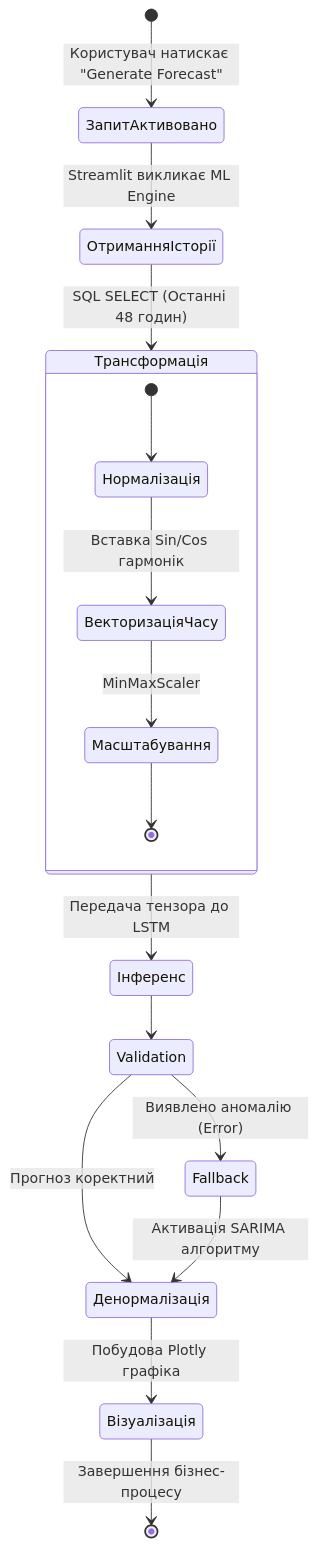
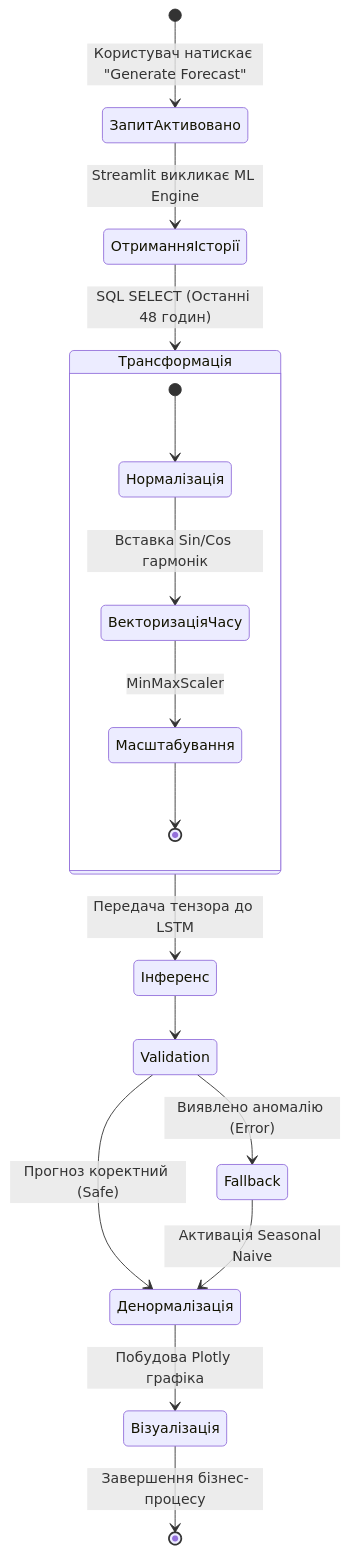
Before and after one commit to Lutvunenko-Dmutro/EnergyMonitor-OLAP: the second of 3 diagrams in docs/thesis/THESIS_2_REQUIREMENTS.md, drawn with Mermaid. The commit also changed other lines of this file and 38 other files, not shown here.

````diff
--- a/docs/thesis/THESIS_2_REQUIREMENTS.md
+++ b/docs/thesis/THESIS_2_REQUIREMENTS.md
@@ -95,24 +202,24 @@
 ```mermaid
 stateDiagram-v2
     [*] --> ЗапитАктивовано: Користувач натискає "Generate Forecast"
     ЗапитАктивовано --> ОтриманняІсторії: Streamlit викликає ML Engine
     ОтриманняІсторії --> Трансформація: SQL SELECT (Останні 48 годин)
     
     state Трансформація {
         [*] --> Нормалізація
         Нормалізація --> ВекторизаціяЧасу: Вставка Sin/Cos гармонік
         ВекторизаціяЧасу --> Масштабування: MinMaxScaler
         Масштабування --> [*]
     }
     
     Трансформація --> Інференс: Передача тензора до LSTM
     Інференс --> Validation
     
     state Validation <<choice>>
-    Validation --> Денормалізація: Прогноз коректний
+    Validation --> Денормалізація: Прогноз коректний (Safe)
     Validation --> Fallback: Виявлено аномалію (Error)
-    Fallback --> Денормалізація: Активація SARIMA алгоритму
+    Fallback --> Денормалізація: Активація Seasonal Naive
     
     Денормалізація --> Візуалізація: Побудова Plotly графіка
     Візуалізація --> [*]: Завершення бізнес-процесу
 ```
````
